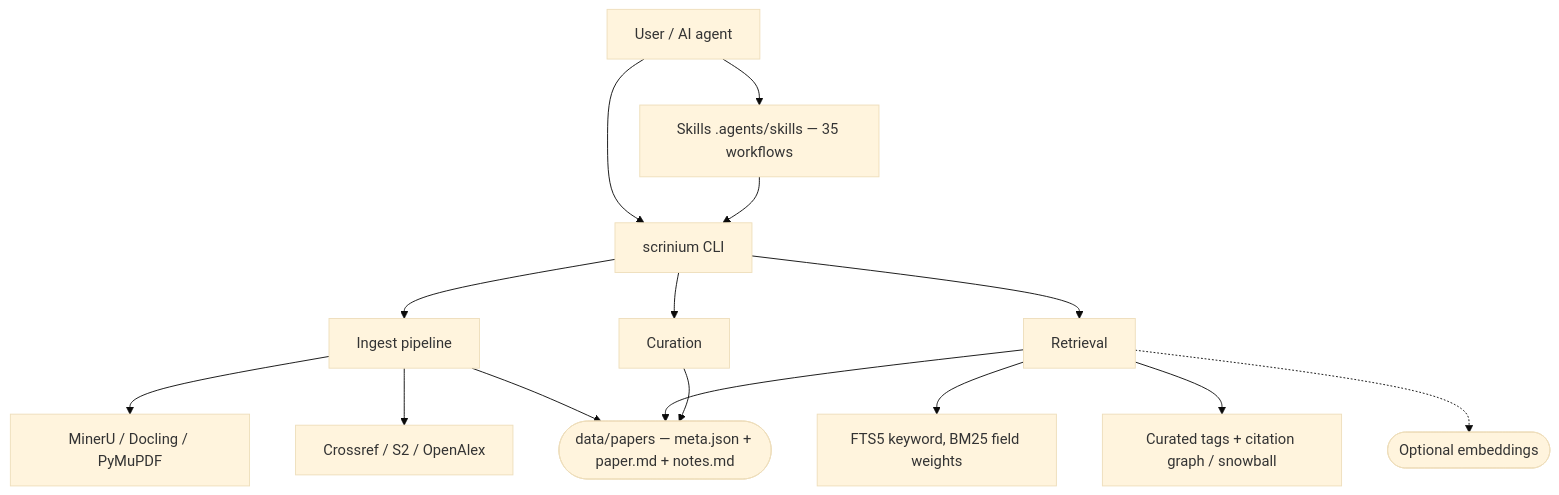
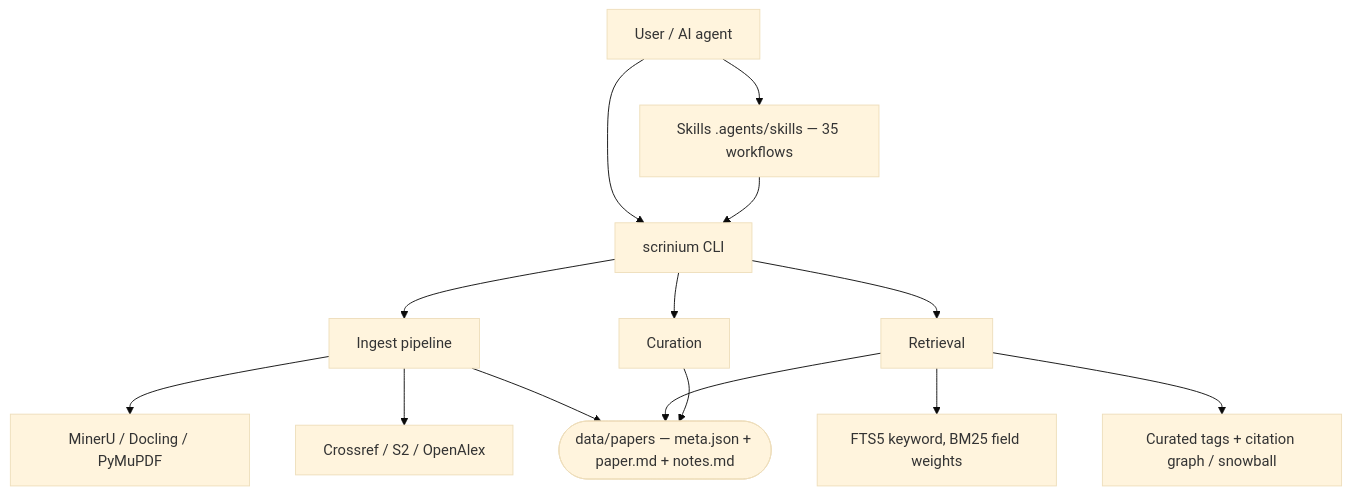
One commit to wszqkzqk/scrinium changed the diagram in README.md. Above: the diagram before and after it, drawn with Mermaid (base theme). The commit also changed other lines of this file and 14 other files, not shown here.

````diff
--- a/README.md
+++ b/README.md
@@ -34,18 +34,17 @@
 ```mermaid
 flowchart TB
     U["User / AI agent"] --> S["Skills .agents/skills — 35 workflows"]
     U --> C[scrinium CLI]
     S --> C
     C --> ING[Ingest pipeline]
     C --> RET[Retrieval]
     C --> CUR[Curation]
     ING --> PARSERS["MinerU / Docling / PyMuPDF"]
     ING --> APIS["Crossref / S2 / OpenAlex"]
     RET --> FTS[FTS5 keyword, BM25 field weights]
     RET --> TAGS["Curated tags + citation graph / snowball"]
-    RET -.-> VEC(["Optional embeddings"])
     DB(["data/papers — meta.json + paper.md + notes.md"])
     ING --> DB
     RET --> DB
     CUR --> DB
 ```
````
